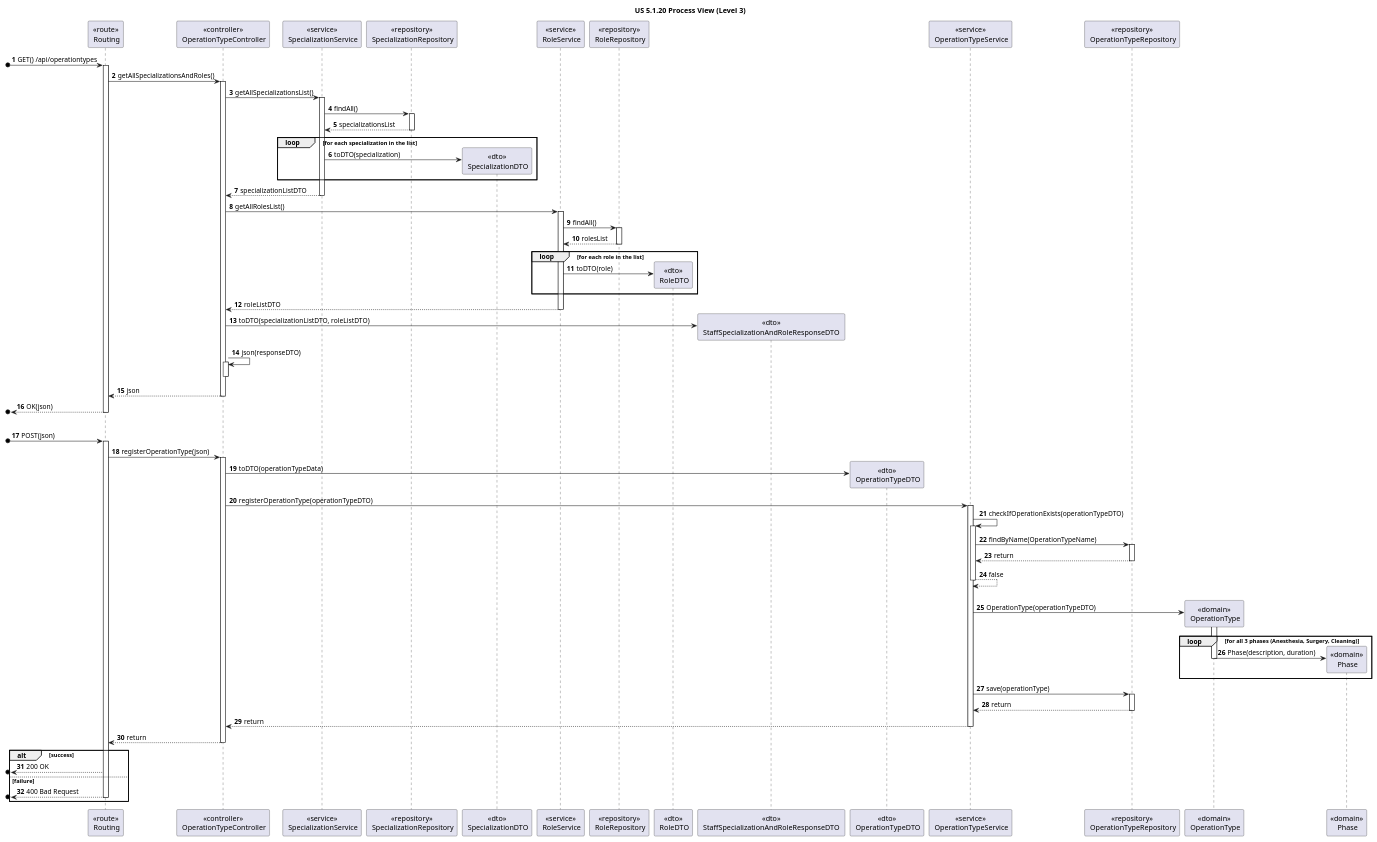
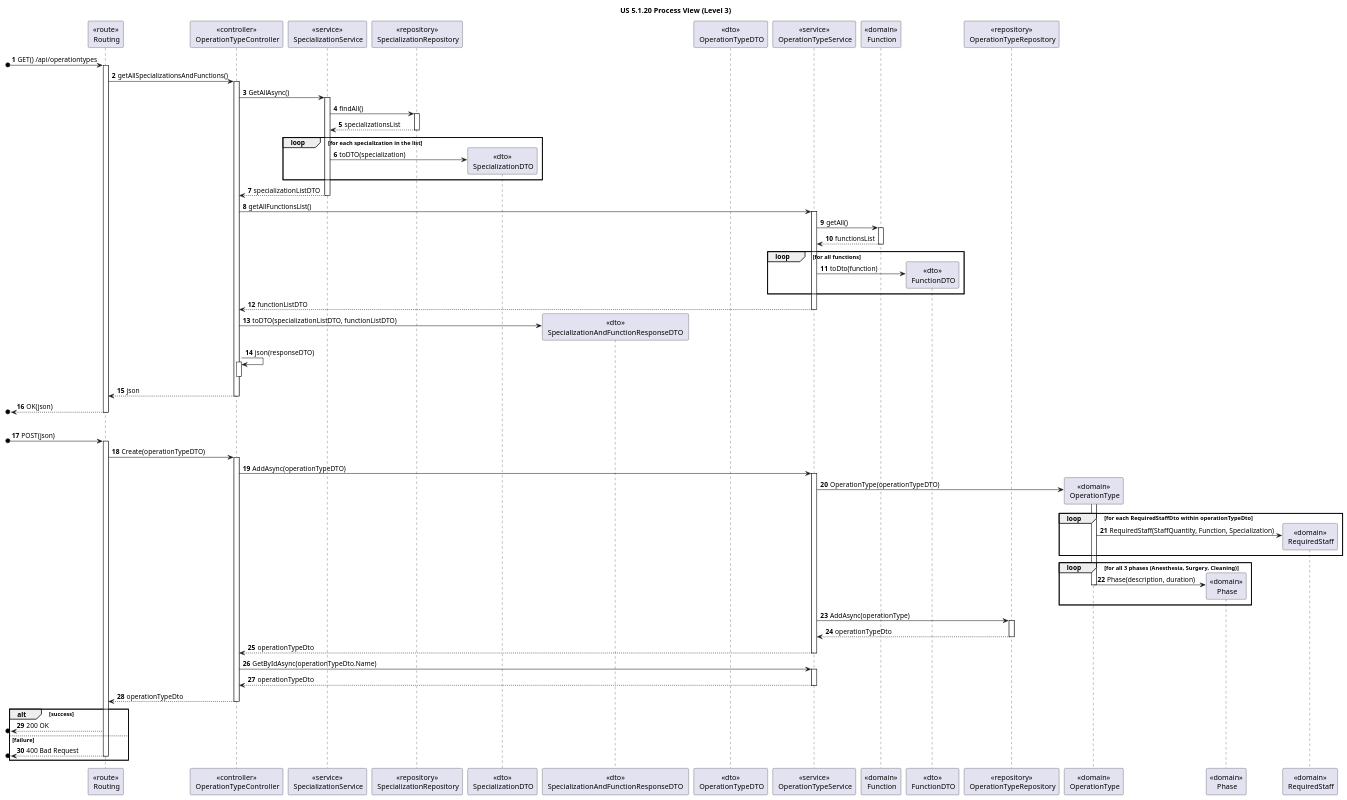
Before and after one commit to rita-barbosa/LAPR5-2425: the diagram in docs/sprint-1/1220683/us-5.1.20/diagrams/Process_View/Level-3/us20-process-view-level3.puml, drawn with PlantUML. The commit also changed 6 other files, not shown here.

Commit message:
DG38-194 | US 5.1.20 Diagrams and readme corrections

```diff
--- a/docs/sprint-1/1220683/us-5.1.20/diagrams/Process_View/Level-3/us20-process-view-level3.puml
+++ b/docs/sprint-1/1220683/us-5.1.20/diagrams/Process_View/Level-3/us20-process-view-level3.puml
@@ -1,142 +1,136 @@
 @startuml
 'https://plantuml.com/sequence-diagram
 
 title US 5.1.20 Process View (Level 3)
 
 autonumber
 
 participant "<<route>>\n Routing" as ROUTE
 participant "<<controller>>\n OperationTypeController" as CONTROL
 
 participant "<<service>>\n SpecializationService" as SpecializationServ
 participant "<<repository>>\n SpecializationRepository" as SpecializationRepo
 participant "<<dto>>\n SpecializationDTO" as SpecializationDTO
 
-participant "<<service>>\n RoleService" as RoleServ
-participant "<<repository>>\n RoleRepository" as RoleRepo
-participant "<<dto>>\n RoleDTO" as RoleDTO
-
-
-participant "<<dto>>\n StaffSpecializationAndRoleResponseDTO " as ResponseDTO
+participant "<<dto>>\n SpecializationAndFunctionResponseDTO " as ResponseDTO
 
 participant "<<dto>>\n OperationTypeDTO" as OPTYDTO
 participant "<<service>>\n OperationTypeService" as OPTYServ
+participant "<<domain>>\n Function" as Function
+participant "<<dto>>\n FunctionDTO" as FunctionDTO
+
 participant "<<repository>>\n OperationTypeRepository" as OPTYRepo
 participant "<<domain>>\n OperationType" as OPTY
 
 participant "<<domain>>\n Phase" as PHASE
+participant "<<domain>>\n RequiredStaff" as STAFF
 
 
 [o-> ROUTE : GET() /api/operationtypes
 activate ROUTE
 
-ROUTE -> CONTROL : getAllSpecializationsAndRoles()
+ROUTE -> CONTROL : getAllSpecializationsAndFunctions()
 activate CONTROL
 
-CONTROL -> SpecializationServ : getAllSpecializationsList()
+CONTROL -> SpecializationServ : GetAllAsync()
 activate SpecializationServ
 
 SpecializationServ -> SpecializationRepo : findAll()
 activate SpecializationRepo
 
 SpecializationRepo --> SpecializationServ : specializationsList
 deactivate SpecializationRepo
 
 loop for each specialization in the list
 
 SpecializationServ -> SpecializationDTO ** : toDTO(specialization)
 end loop
 
 SpecializationServ --> CONTROL : specializationListDTO
 deactivate SpecializationServ
 
-CONTROL -> RoleServ : getAllRolesList()
-activate RoleServ
+CONTROL -> OPTYServ : getAllFunctionsList()
+activate OPTYServ
 
-RoleServ -> RoleRepo : findAll()
-activate RoleRepo
+OPTYServ -> Function : getAll()
+activate Function
 
-RoleRepo --> RoleServ : rolesList
-deactivate RoleRepo
+Function --> OPTYServ : functionsList
+deactivate Function
 
-loop for each role in the list
-
-RoleServ -> RoleDTO ** : toDTO(role)
+loop for all functions
+OPTYServ -> FunctionDTO** : toDto(function)
 end loop
 
-RoleServ --> CONTROL : roleListDTO
-deactivate RoleServ
+OPTYServ --> CONTROL : functionListDTO
+deactivate OPTYServ
 
-CONTROL -> ResponseDTO ** : toDTO(specializationListDTO, roleListDTO)
+CONTROL -> ResponseDTO ** : toDTO(specializationListDTO, functionListDTO)
 
 CONTROL -> CONTROL : json(responseDTO)
 activate CONTROL
 deactivate CONTROL
 
 CONTROL --> ROUTE : json
 deactivate CONTROL
 
 [o<-- ROUTE : OK(json)
 deactivate ROUTE
 
 |||
 
 'probably json
 [o-> ROUTE : POST(json)
 activate ROUTE
 
-ROUTE -> CONTROL : registerOperationType(json)
+ROUTE -> CONTROL : Create(operationTypeDTO)
 activate CONTROL
 
-CONTROL -> OPTYDTO ** : toDTO(operationTypeData)
-
-CONTROL -> OPTYServ : registerOperationType(operationTypeDTO)
+CONTROL -> OPTYServ : AddAsync(operationTypeDTO)
 activate OPTYServ
 
-OPTYServ -> OPTYServ : checkIfOperationExists(operationTypeDTO)
-activate OPTYServ
-
-OPTYServ -> OPTYRepo : findByName(OperationTypeName)
-
-activate OPTYRepo
-
-OPTYRepo --> OPTYServ : return
-deactivate OPTYRepo
-
-OPTYServ --> OPTYServ : false
-deactivate OPTYServ
-
-|||
 
 OPTYServ -> OPTY ** : OperationType(operationTypeDTO)
 activate OPTY
+
+loop for each RequiredStaffDto within operationTypeDto
+
+OPTY -> STAFF ** : RequiredStaff(StaffQuantity, Function, Specialization)
+end loop
 
 loop for all 3 phases (Anesthesia, Surgery, Cleaning)
 
 OPTY -> PHASE ** : Phase(description, duration)
 deactivate OPTY
 end loop
 
-OPTYServ -> OPTYRepo : save(operationType)
+OPTYServ -> OPTYRepo : AddAsync(operationType)
 activate OPTYRepo
 
-OPTYRepo --> OPTYServ : return
+OPTYRepo --> OPTYServ : operationTypeDto
 deactivate OPTYRepo
 
-OPTYServ --> CONTROL : return
+OPTYServ --> CONTROL : operationTypeDto
 deactivate OPTYServ
 
-CONTROL --> ROUTE : return
+CONTROL -> OPTYServ : GetByIdAsync(operationTypeDto.Name)
+
+activate OPTYServ
+
+OPTYServ --> CONTROL : operationTypeDto
+deactivate OPTYServ
+
+CONTROL --> ROUTE : operationTypeDto
 deactivate CONTROL
 
 alt success
 [o<-- ROUTE : 200 OK
 
 else failure
 
 [o<-- ROUTE : 400 Bad Request
 deactivate ROUTE
 end alt
 
 
 @enduml
```
